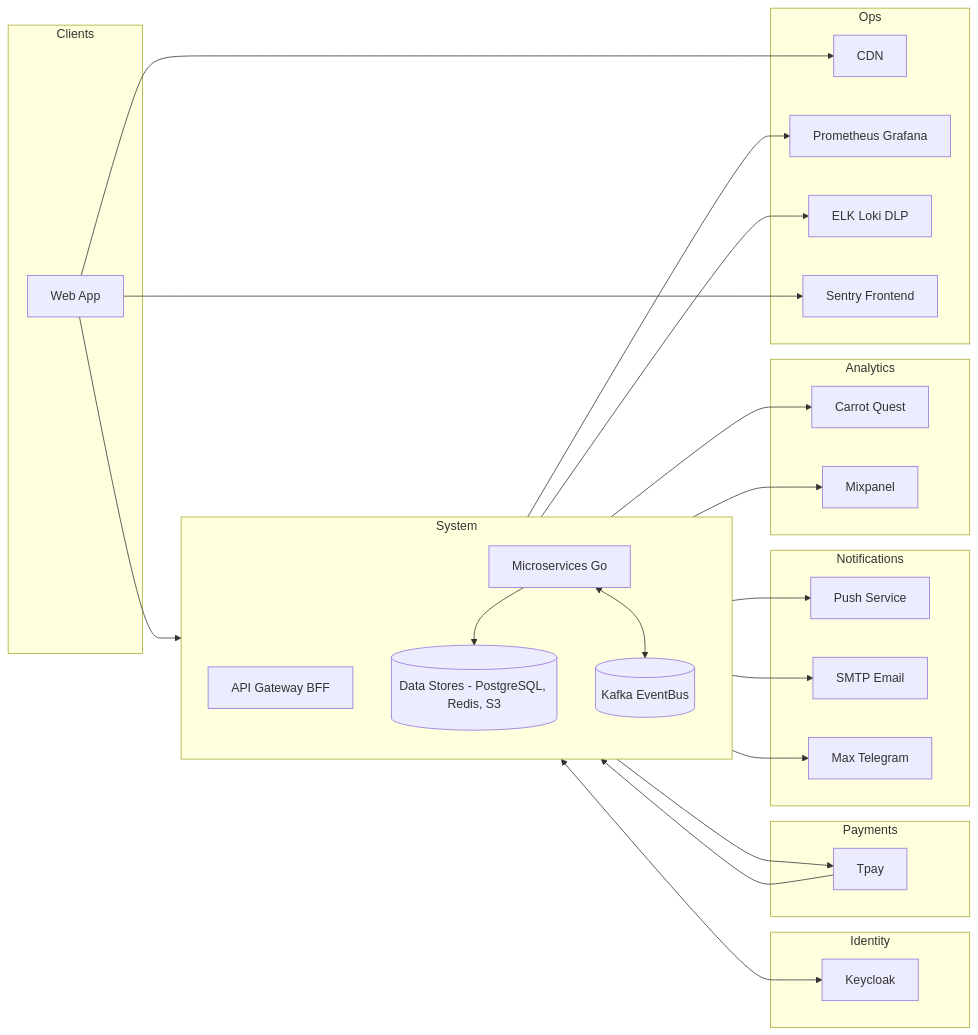
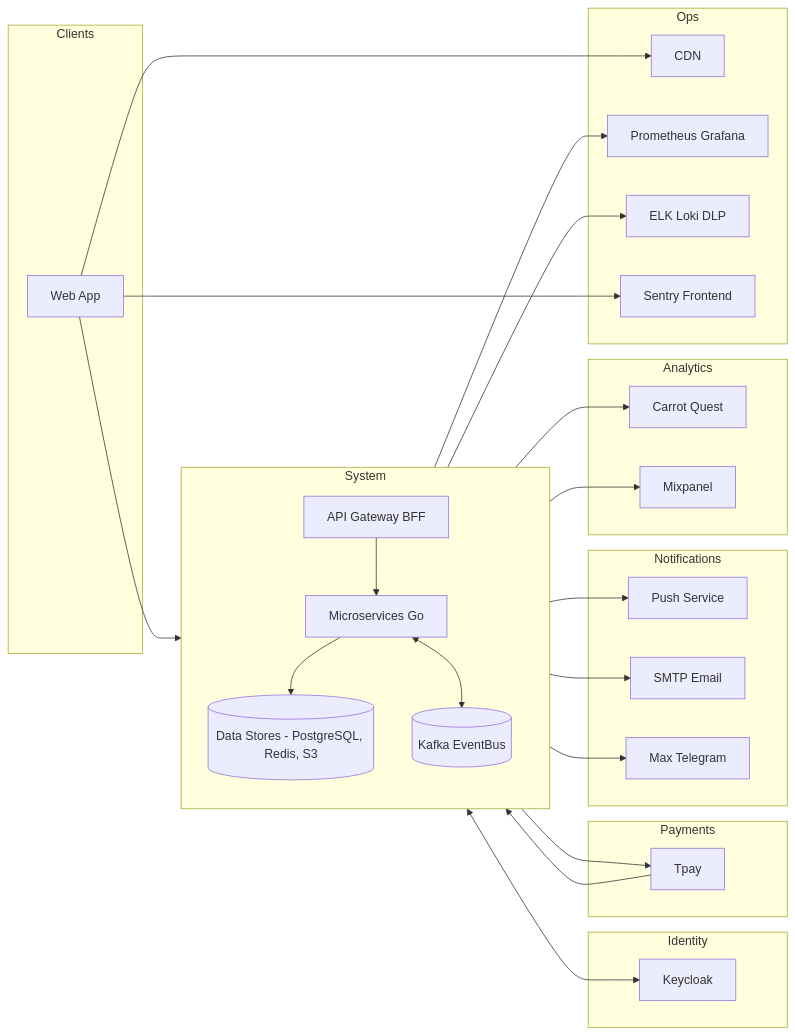
One commit to dvsnin/interactive-whiteboard-docs changed the diagram in Проектирование-ИС/03-Взаимосвязи-со-внешними-системами/README.md. Above: the diagram before and after it, drawn with Mermaid.

Commit message:
[Проектирование-ИС] fix

````diff
--- a/Проектирование-ИС/03-Взаимосвязи-со-внешними-системами/README.md
+++ b/Проектирование-ИС/03-Взаимосвязи-со-внешними-системами/README.md
@@ -33,69 +33,70 @@
 ```mermaid
 flowchart LR
     %% Клиенты
     subgraph Clients[Clients]
         FE[Web App]
     end
 
     %% Слева: идентификация и платежи
     subgraph IdP[Identity]
         KC[Keycloak]
     end
 
     subgraph Pay[Payments]
         Tpay[Tpay]
     end
 
     %% Центр: система
     subgraph Core[System]
         direction TB
         Gateway[API Gateway BFF]
         Services[Microservices Go]
         Data[(Data Stores - PostgreSQL, Redis, S3)]
         Bus[(Kafka EventBus)]
     end
 
     %% Справа: уведомления, аналитика, ops
     subgraph Notify[Notifications]
         Push[Push Service]
         Mail[SMTP Email]
         Chats[Max Telegram]
     end
 
     subgraph Analytics[Analytics]
         Carrot[Carrot Quest]
         Mix[Mixpanel]
     end
 
     subgraph Ops[Ops]
         CDN[CDN]
         Mon[Prometheus Grafana]
         Logs[ELK Loki DLP]
         FEerr[Sentry Frontend]
     end
 
     %% Потоки
     FE --> Gateway
     Gateway <--> KC
+    Gateway --> Services
 
     Services --> Tpay
     Tpay --> Services
 
     Services --> Data
     Services <--> Bus
 
     %% Уведомления и аналитика через EventBus
     Bus --> Push
     Bus --> Mail
     Bus --> Chats
     Bus --> Carrot
     Bus --> Mix
 
     %% CDN: клиент работает по presigned URL
     FE --> CDN
 
     %% Мониторинг и ошибки
     Services --> Mon
     Services --> Logs
     FE --> FEerr
 ```
````
